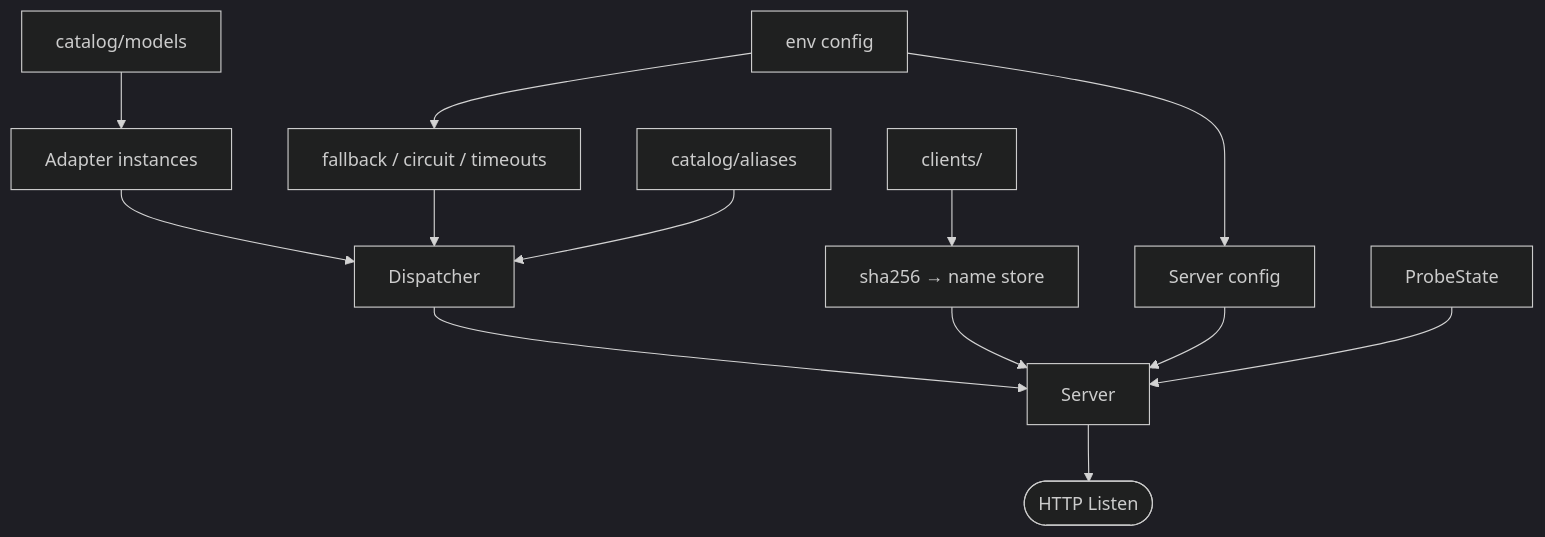
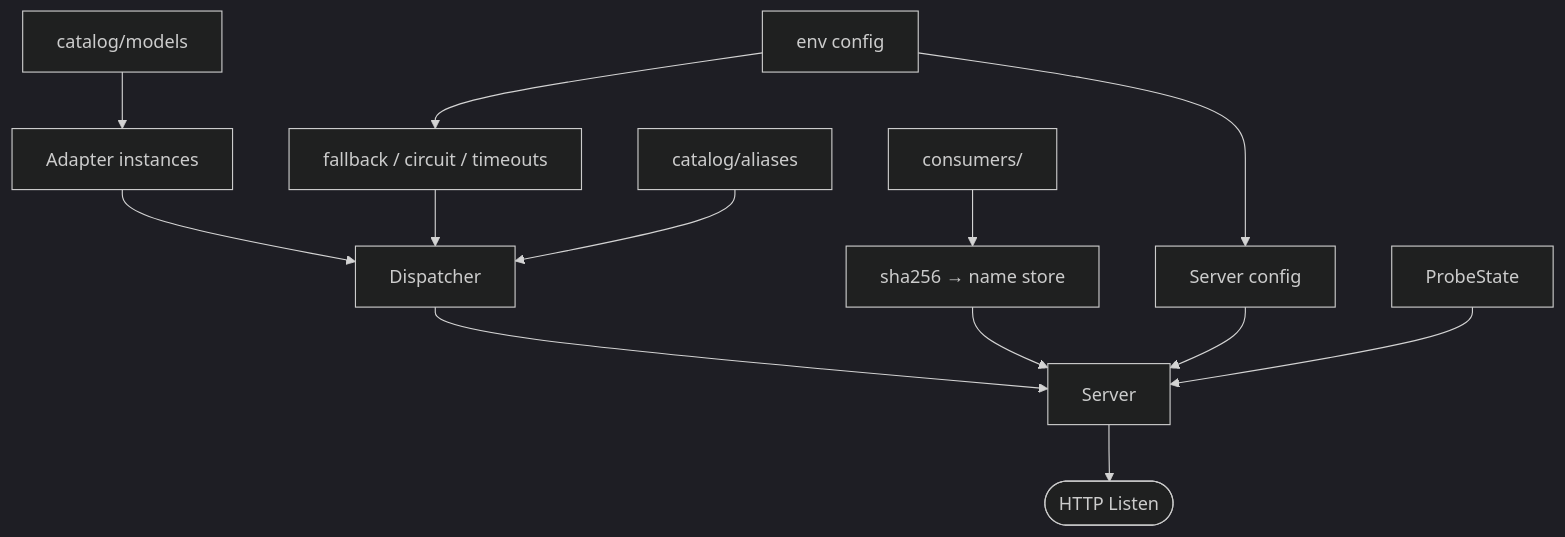
Before and after one commit to cagojeiger/llmgate: the second of 4 diagrams in docs/architecture.md, drawn with Mermaid (dark theme). The commit also changed other lines of this file and 16 other files, not shown here.

````diff
--- a/docs/architecture.md
+++ b/docs/architecture.md
@@ -150,15 +150,15 @@
 ```mermaid
 graph TD
     Env[env config] --> ServerCfg[Server config]
     Env --> Policy[fallback / circuit / timeouts]
     CatalogM[catalog/models] --> Adapters[Adapter instances]
     Adapters --> Dispatcher
     CatalogA[catalog/aliases] --> Dispatcher
     Policy --> Dispatcher
-    Clients[clients/] --> Store[sha256 → name store]
+    Consumers[consumers/] --> Store[sha256 → name store]
     ServerCfg --> Server
     Store --> Server
     Dispatcher --> Server
     Probe[ProbeState] --> Server
     Server --> Listen([HTTP Listen])
 ```
````
